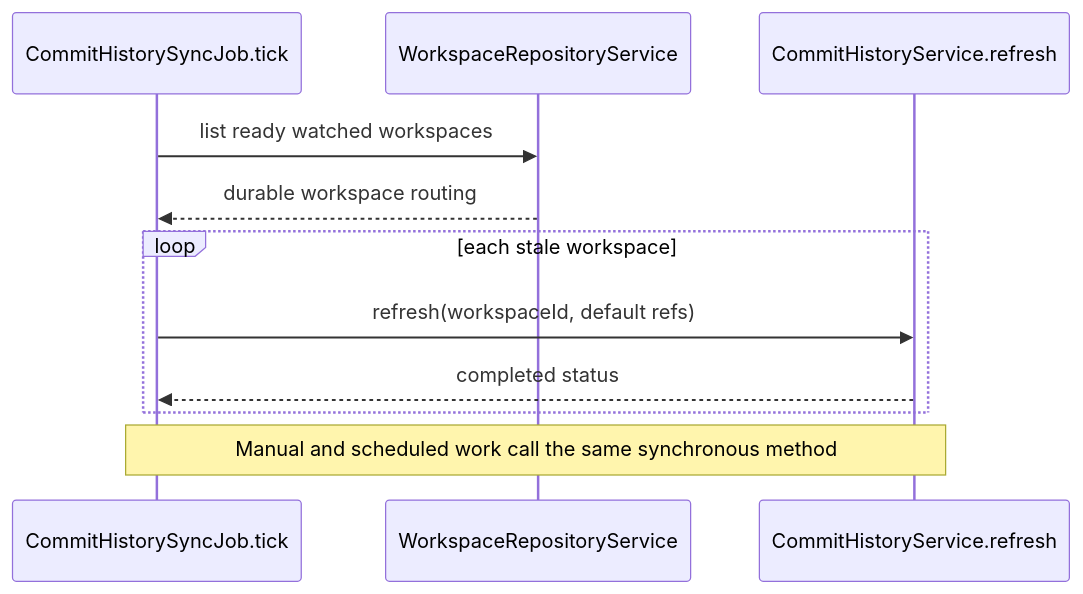
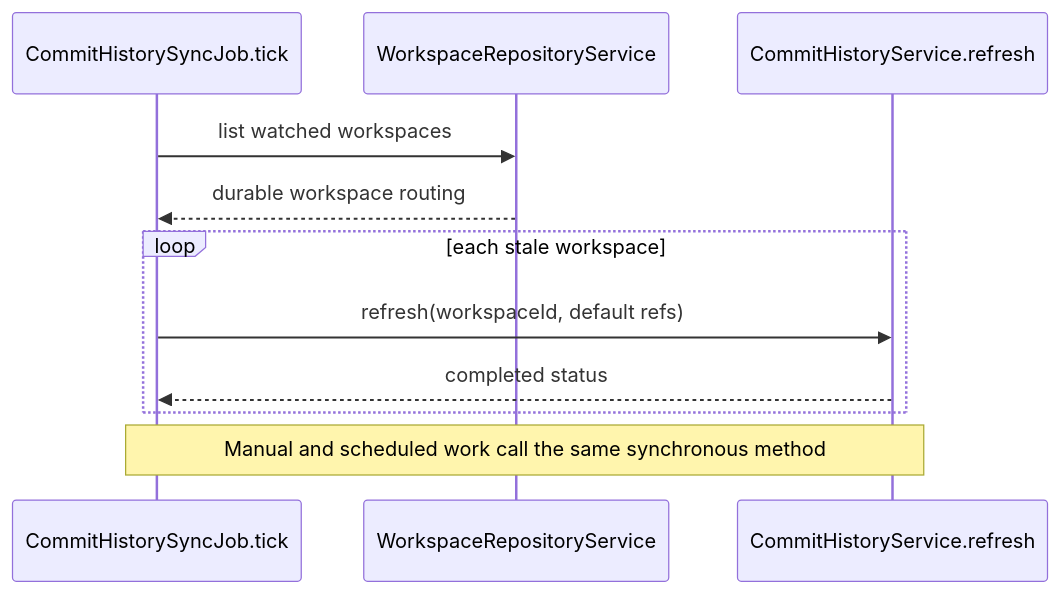
Before and after one commit to bytequay/bytequay: the third of 3 diagrams in docs/design/commits.md, drawn with Mermaid. The commit also changed other lines of this file and 44 other files, not shown here.

````diff
--- a/docs/design/commits.md
+++ b/docs/design/commits.md
@@ -433,14 +433,14 @@
 ```mermaid
 sequenceDiagram
     participant Job as CommitHistorySyncJob.tick
     participant Workspaces as WorkspaceRepositoryService
     participant Service as CommitHistoryService.refresh
 
-    Job->>Workspaces: list ready watched workspaces
+    Job->>Workspaces: list watched workspaces
     Workspaces-->>Job: durable workspace routing
     loop each stale workspace
         Job->>Service: refresh(workspaceId, default refs)
         Service-->>Job: completed status
     end
     Note over Job,Service: Manual and scheduled work call the same synchronous method
 ```
````
